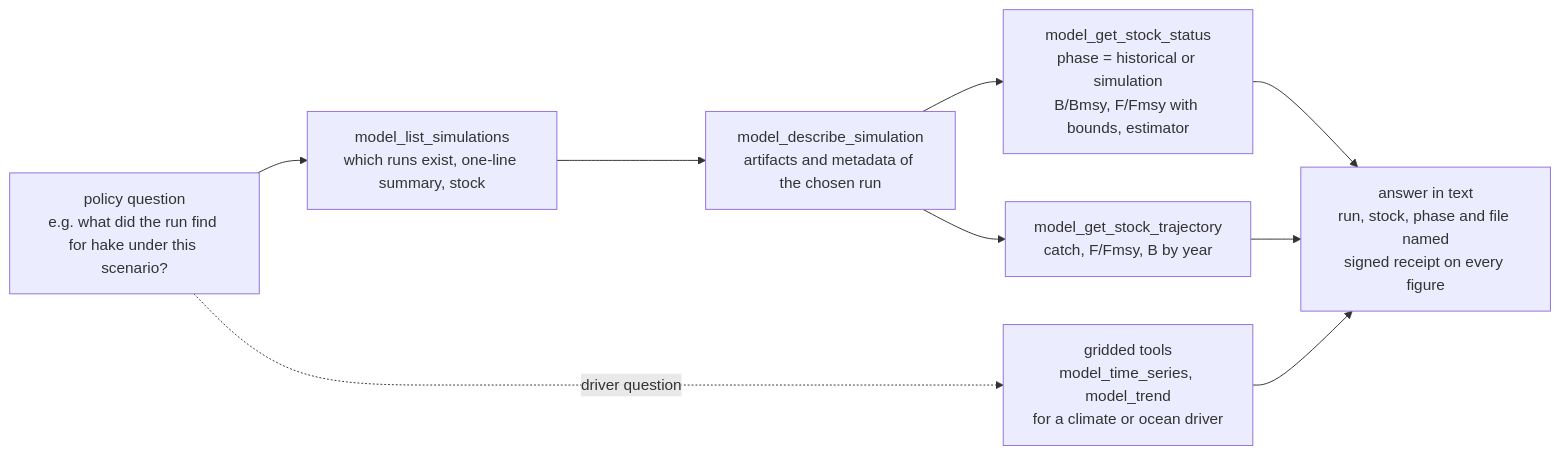
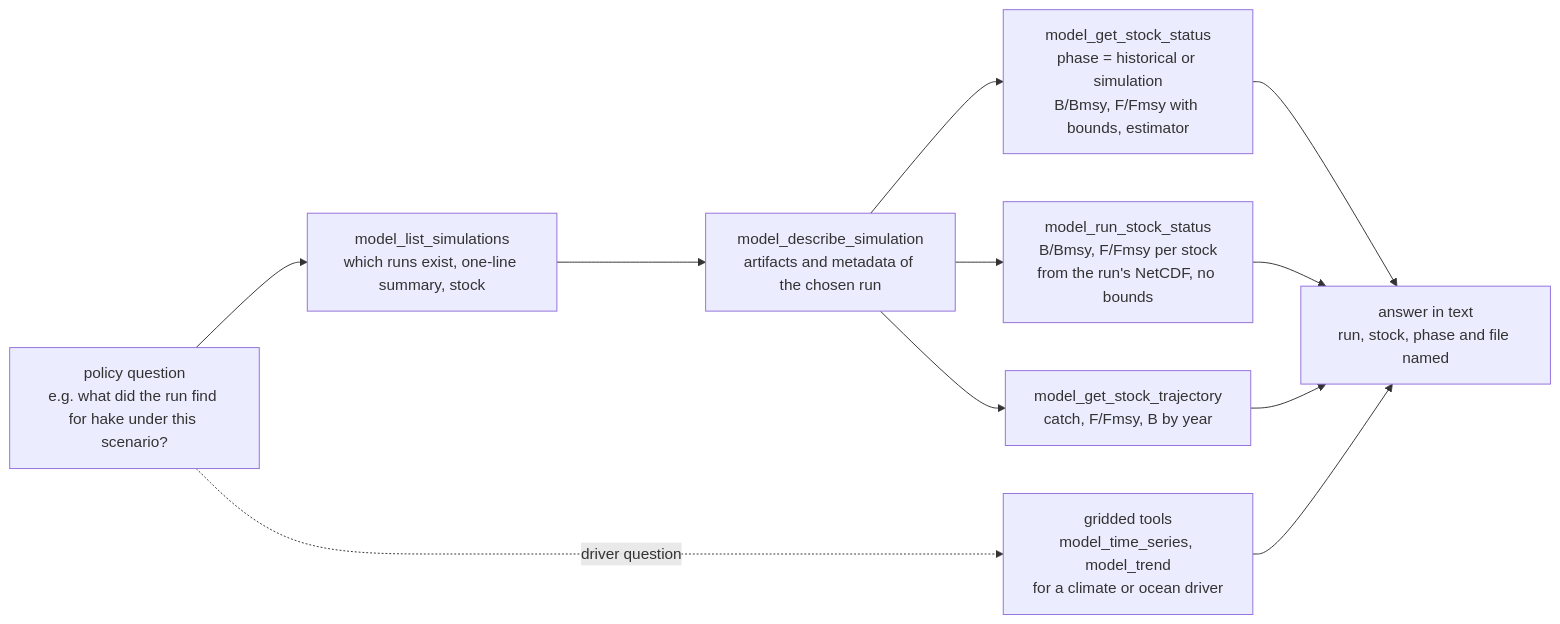
Before and after one commit to SURIMI-Project/SURIMI-project: the first of 2 diagrams in deliverables/D3.9 - NLP policy model/D3.9 - NLP policy model.md, drawn with Mermaid. The commit also changed other lines of this file and 4 other files, not shown here.

````diff
--- a/deliverables/D3.9 - NLP policy model/D3.9 - NLP policy model.md
+++ b/deliverables/D3.9 - NLP policy model/D3.9 - NLP policy model.md
@@ -40,13 +41,15 @@
 ```mermaid
 flowchart LR
     Q["policy question<br/>e.g. what did the run find for hake under this scenario?"]
     L["model_list_simulations<br/>which runs exist, one-line summary, stock"]
     D["model_describe_simulation<br/>artifacts and metadata of the chosen run"]
     S["model_get_stock_status<br/>phase = historical or simulation<br/>B/Bmsy, F/Fmsy with bounds, estimator"]
+    R["model_run_stock_status<br/>B/Bmsy, F/Fmsy per stock<br/>from the run's NetCDF, no bounds"]
     T["model_get_stock_trajectory<br/>catch, F/Fmsy, B by year"]
     G["gridded tools<br/>model_time_series, model_trend<br/>for a climate or ocean driver"]
-    A["answer in text<br/>run, stock, phase and file named<br/>signed receipt on every figure"]
+    A["answer in text<br/>run, stock, phase and file named"]
     Q --> L --> D --> S --> A
+    D --> R --> A
     D --> T --> A
     Q -. "driver question" .-> G --> A
 ```
````
